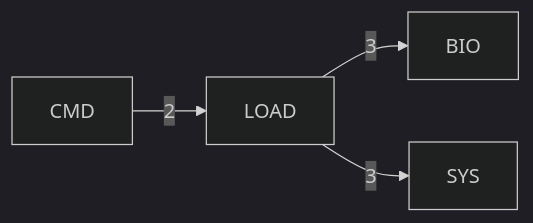
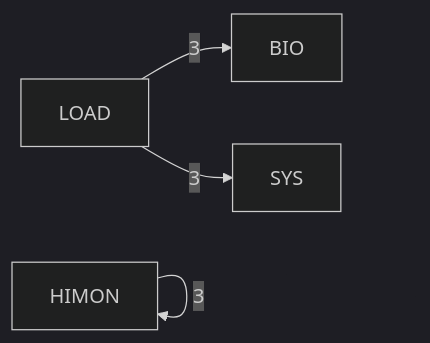
Before and after one commit to 95westus/R-YORS: the fourth of 7 diagrams in DOC/GENERATED/ROUTINE_CLASS_DIAGRAM.md, drawn with Mermaid (dark theme). The commit also changed other lines of this file and 85 other files, not shown here.

````diff
--- a/DOC/GENERATED/ROUTINE_CLASS_DIAGRAM.md
+++ b/DOC/GENERATED/ROUTINE_CLASS_DIAGRAM.md
@@ -62,6 +62,6 @@
 ```mermaid
 flowchart LR
+    P_HIMON[HIMON] -->|3| P_HIMON[HIMON]
     P_LOAD[LOAD] -->|3| P_BIO[BIO]
     P_LOAD[LOAD] -->|3| P_SYS[SYS]
-    P_CMD[CMD] -->|2| P_LOAD[LOAD]
 ```
````
